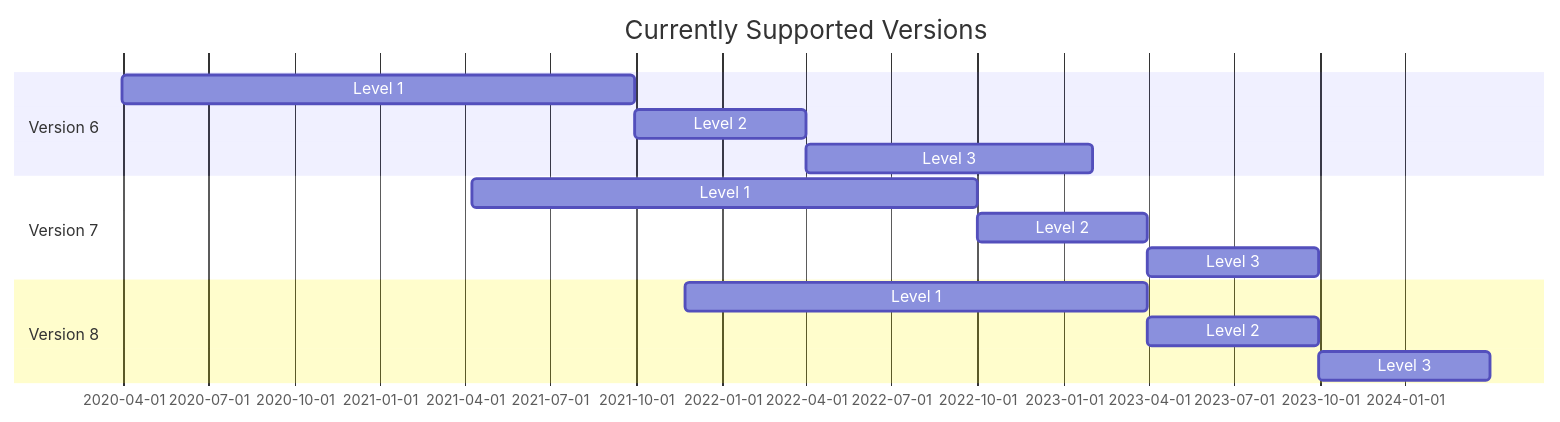
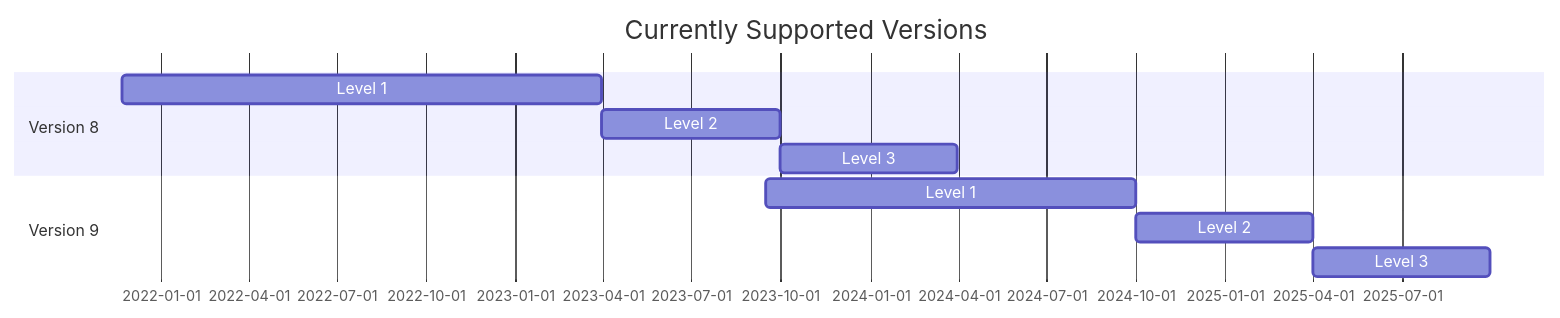
One commit to Adyen/adyen-magento2 changed the diagram in README.md. Above: the diagram before and after it, drawn with Mermaid. The commit also changed other lines of this file, not shown here.

````diff
--- a/README.md
+++ b/README.md
@@ -47,17 +44,13 @@
 ```mermaid
 gantt
     title Currently Supported Versions
     dateFormat  YYYY-MM-DD   
-    section Version 6
-    Level 1   :l61, 2020-03-31, 2021-09-30
-    Level 2   :l62, after l61, 2022-03-31     
-    Level 3   :l63, after l62, 2023-01-31
-    section Version 7
-    Level 1   :l71, 2021-04-09, 2022-09-30
-    Level 2   :l72, after l71, 2023-03-31
-    Level 3   :l73, after l72, 2023-09-30
     section Version 8
     Level 1   :l81, 2021-11-22, 2023-03-31
     Level 2   :l82, after l81, 2023-09-30
     Level 3   :l83, after l82, 2024-03-31
+    section Version 9
+    Level 1   :l91, 2023-09-15, 2024-09-30
+    Level 2   :l92, after l91, 2025-03-31
+    Level 3   :l93, after l92, 2025-09-30
 ```
````
